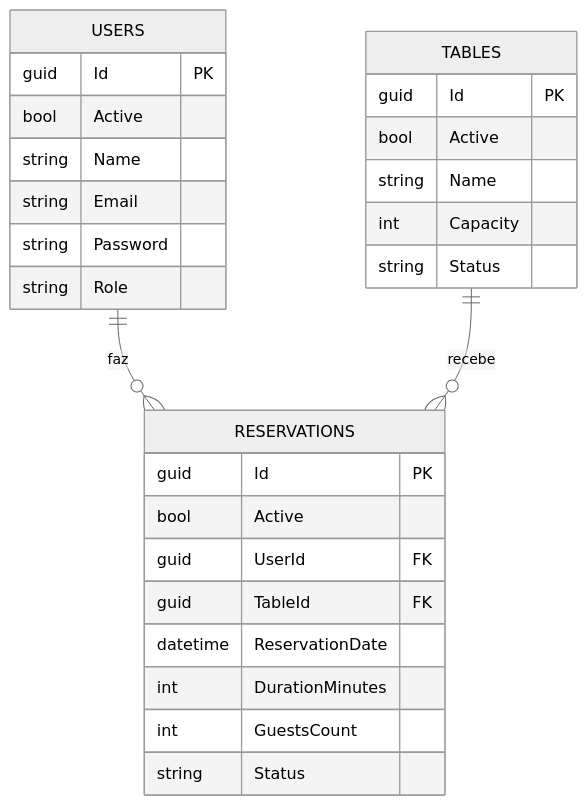
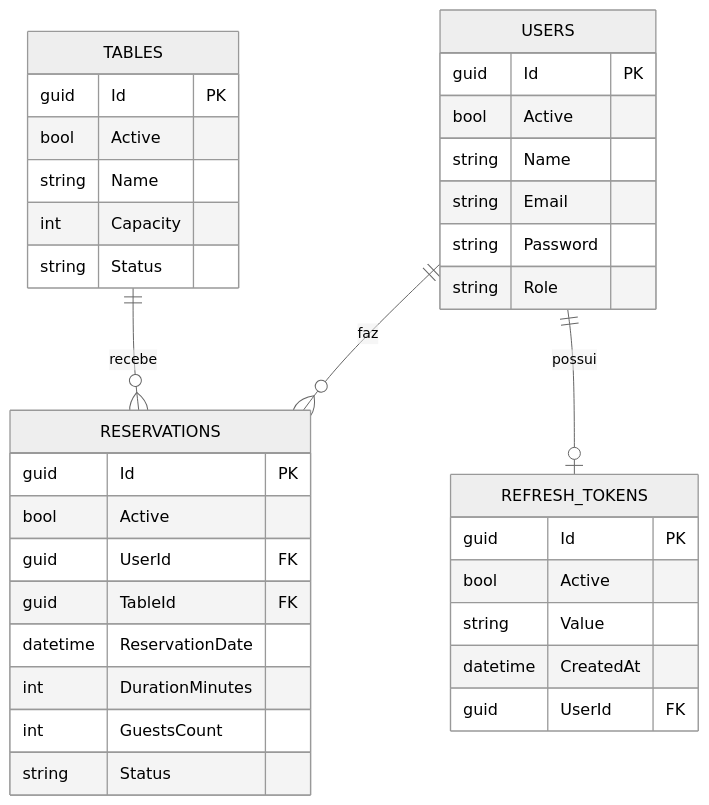
Before and after one commit to GuilhAndrad/TableReserve: the second of 2 diagrams in README.md, drawn with Mermaid (neutral theme). The commit also changed other lines of this file, not shown here.

Commit message:
feet(docs): Updated README to include refresh token details and API health check information

````diff
--- a/README.md
+++ b/README.md
@@ -63,33 +66,42 @@
 ```mermaid
 erDiagram
     USERS ||--o{ RESERVATIONS : "faz"
     TABLES ||--o{ RESERVATIONS : "recebe"
+    USERS ||--o| REFRESH_TOKENS : "possui"
 
     USERS {
         guid Id PK
         bool Active
         string Name
         string Email
         string Password
         string Role
+    }
+
+    REFRESH_TOKENS {
+        guid Id PK
+        bool Active
+        string Value
+        datetime CreatedAt
+        guid UserId FK
     }
 
     TABLES {
         guid Id PK
         bool Active
         string Name
         int Capacity
         string Status
     }
 
     RESERVATIONS {
         guid Id PK
         bool Active
         guid UserId FK
         guid TableId FK
         datetime ReservationDate
         int DurationMinutes
         int GuestsCount
         string Status
     }
 ```
````
